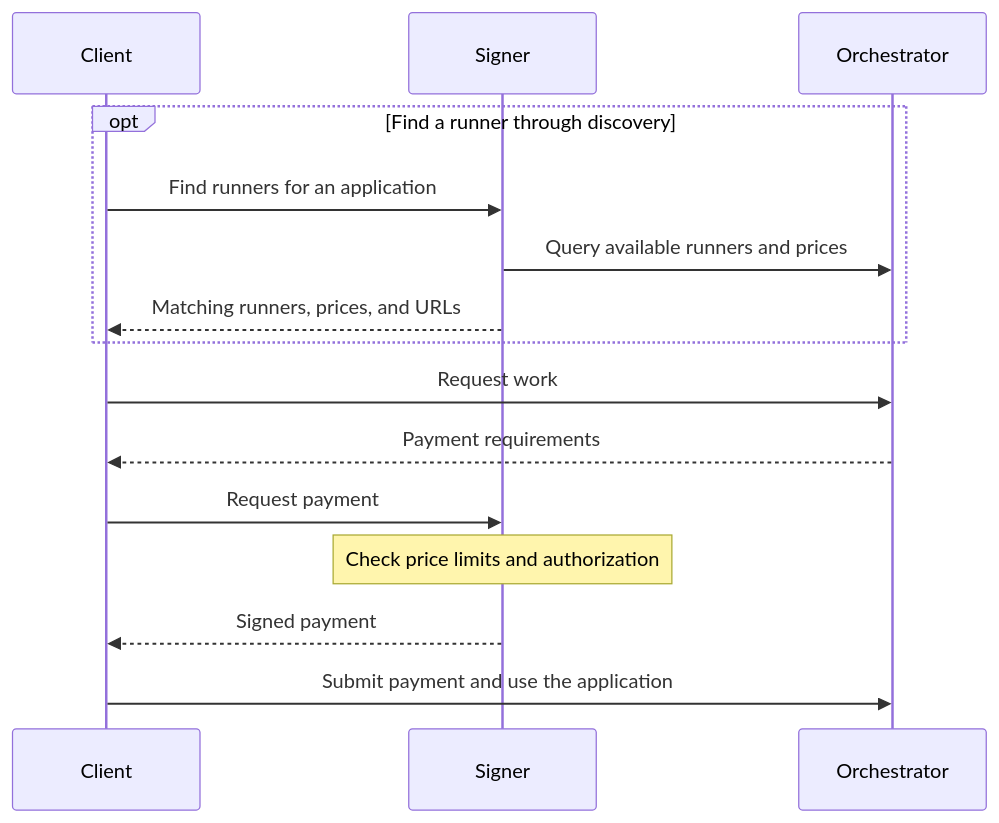
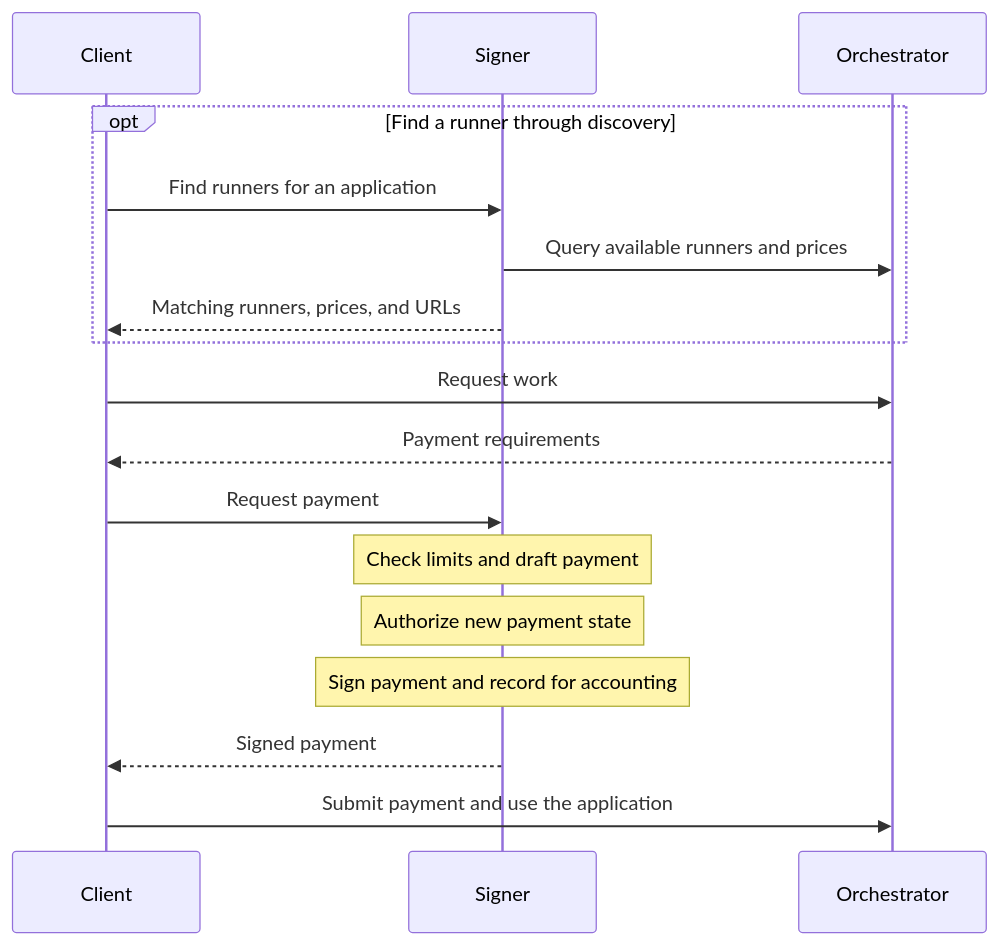
The diagram in docs/signer.md (livepeer/node), drawn with Mermaid before and after one commit. The commit also changed other lines of this file and 13 other files, not shown here.

````diff
--- a/docs/signer.md
+++ b/docs/signer.md
@@ -22,17 +22,19 @@
 ```mermaid
 sequenceDiagram
   participant Client
   participant Signer
   participant Orchestrator
   opt Find a runner through discovery
     Client->>Signer: Find runners for an application
     Signer->>Orchestrator: Query available runners and prices
     Signer-->>Client: Matching runners, prices, and URLs
   end
   Client->>Orchestrator: Request work
   Orchestrator-->>Client: Payment requirements
   Client->>Signer: Request payment
-  Note over Signer: Check price limits and authorization
+  Note over Signer: Check limits and draft payment
+  Note over Signer: Authorize new payment state
+  Note over Signer: Sign payment and record for accounting
   Signer-->>Client: Signed payment
   Client->>Orchestrator: Submit payment and use the application
 ```
````
